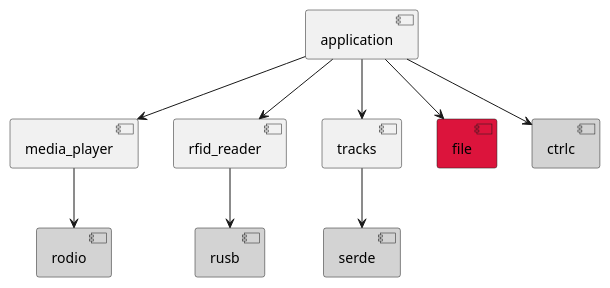
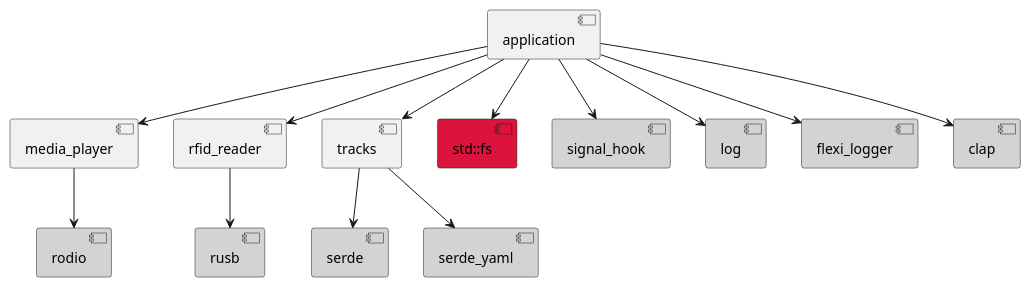
Before and after one commit to rusty-octopus/rfid_media_player: the first of 4 diagrams in Readme.md, drawn with PlantUML. The commit also changed other lines of this file, not shown here.

Commit message:
Updated workspace readme

````diff
--- a/Readme.md
+++ b/Readme.md
@@ -27,21 +26,29 @@
 ```plantuml
 component application
 component media_player
 component rfid_reader
 component tracks
-component file #Crimson
-component ctrlc #LightGrey
+component "std::fs" as file #Crimson
+component signal_hook #LightGrey
+component log #LightGrey
+component flexi_logger #LightGrey
 component rusb #LightGrey
 component rodio #LightGrey
 component serde #LightGrey
+component serde_yaml #LightGrey
+component clap #LightGrey
 
 application -down-> rfid_reader
 application -down-> media_player
 application -down-> file
-application -down-> ctrlc
+application -down-> signal_hook
 application -down-> tracks
+application -down-> clap
+application -down-> log
+application -down-> flexi_logger
 media_player -down-> rodio
 rfid_reader -down-> rusb
 tracks -down-> serde
+tracks -down-> serde_yaml
 
 ```
````
